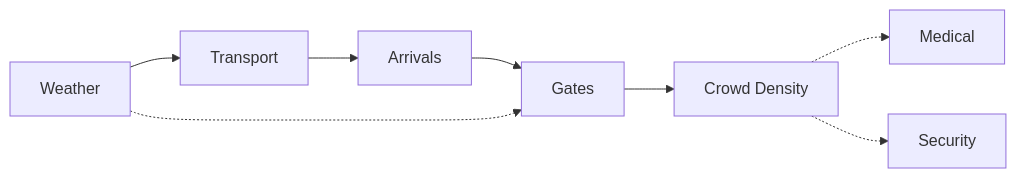
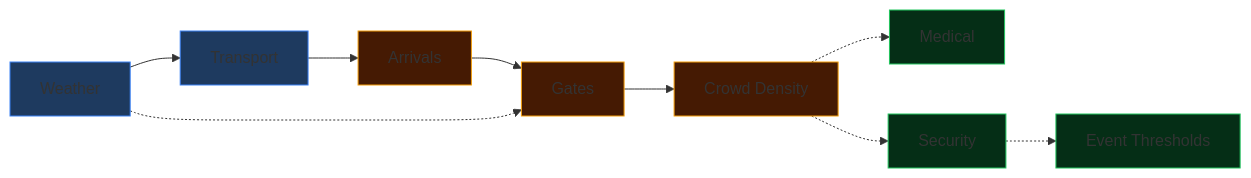
Before and after one commit to aadhyanthk/FIFA-26-Operations-Control-Center: the third of 3 diagrams in README.md, drawn with Mermaid. The commit also changed other lines of this file, not shown here.

Commit message:
docs: hyper-optimize README with styled mermaid graphs, metric tables, and enterprise hooks

````diff
--- a/README.md
+++ b/README.md
@@ -116,10 +135,15 @@
 ```mermaid
 graph LR
-    W[Weather] --> T[Transport]
-    T --> A[Arrivals]
-    A --> G[Gates]
-    G --> C[Crowd Density]
+    classDef env fill:#1e3a5f,stroke:#3b82f6
+    classDef phys fill:#451a03,stroke:#f59e0b
+    classDef ops fill:#052e16,stroke:#22c55e
+
+    W[Weather]:::env --> T[Transport]:::env
+    T --> A[Arrivals]:::phys
+    A --> G[Gates]:::phys
+    G --> C[Crowd Density]:::phys
     W -.-> G
-    C -.-> M[Medical]
-    C -.-> S[Security]
+    C -.-> M[Medical]:::ops
+    C -.-> S[Security]:::ops
+    S -.-> E[Event Thresholds]:::ops
 ```
````
